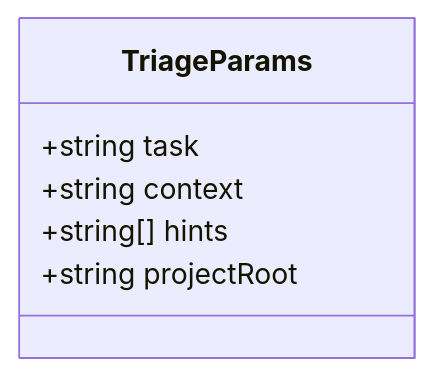
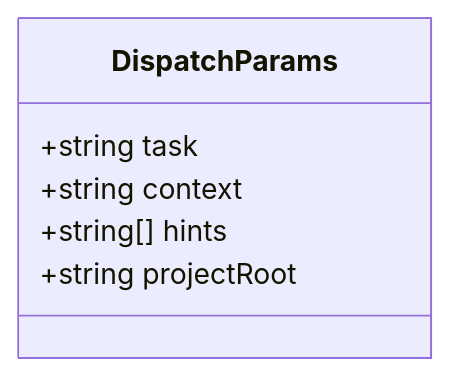
The seventh of 22 diagrams in design/02-设计/20260114-09-sx-triage设计.md (shetengteng/skillix-mcp), drawn with Mermaid before and after one commit. The commit also changed other lines of this file and 32 other files, not shown here.

````diff
--- a/design/02-设计/20260114-09-sx-triage设计.md
+++ b/design/02-设计/20260114-09-sx-triage设计.md
@@ -191,9 +191,9 @@
 ```mermaid
 classDiagram
-    class TriageParams {
+    class DispatchParams {
         +string task
         +string context
         +string[] hints
         +string projectRoot
     }
 ```
````
